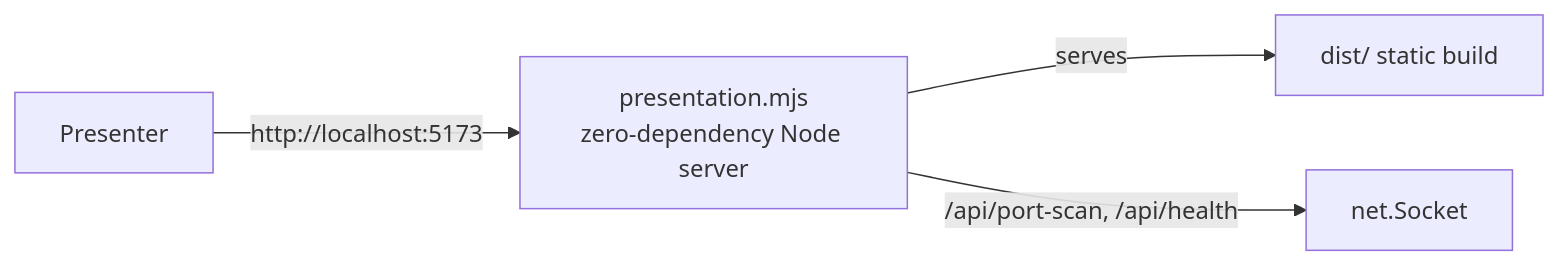
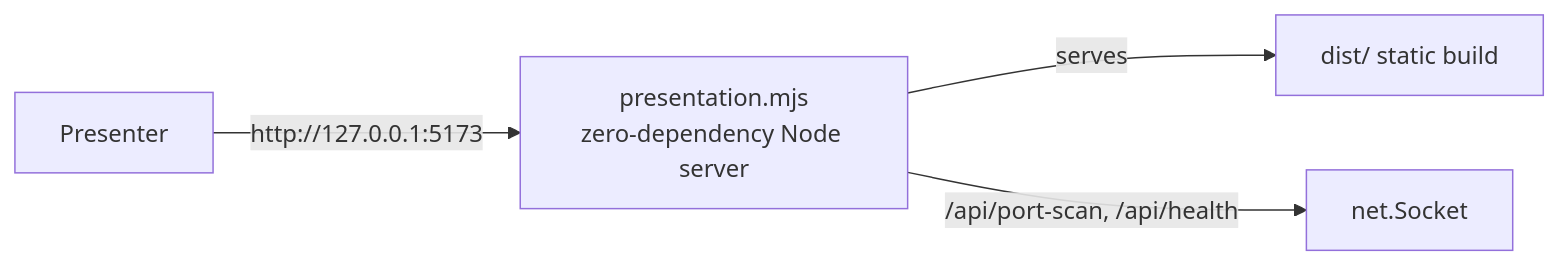
The fifth of 5 diagrams in docs/ARCHITECTURE.md (DeKKim/EDAM), drawn with Mermaid before and after one commit. The commit also changed other lines of this file and 15 other files, not shown here.

````diff
--- a/docs/ARCHITECTURE.md
+++ b/docs/ARCHITECTURE.md
@@ -137,6 +137,6 @@
 ```mermaid
 graph LR
-  User[Presenter] -->|http://localhost:5173| Pres[presentation.mjs\nzero-dependency Node server]
+  User[Presenter] -->|http://127.0.0.1:5173| Pres[presentation.mjs\nzero-dependency Node server]
   Pres -->|serves| Dist[dist/ static build]
   Pres -->|/api/port-scan, /api/health| Net[net.Socket]
 ```
````
